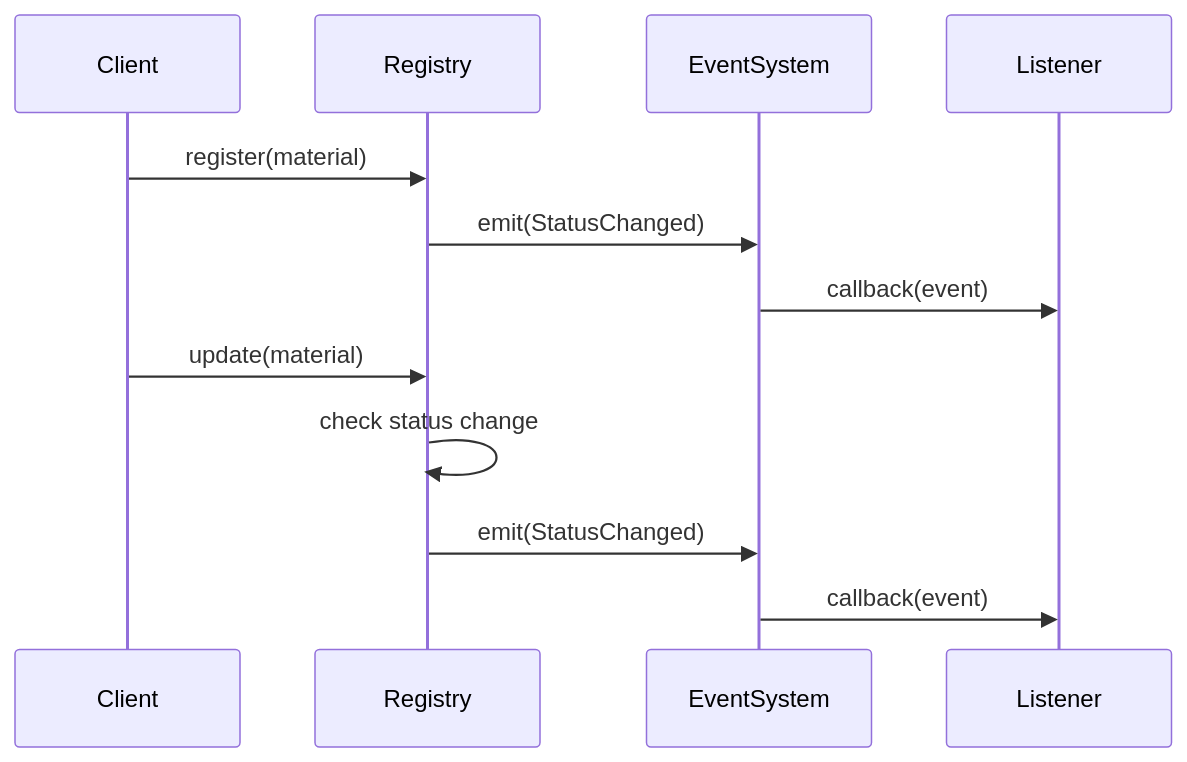
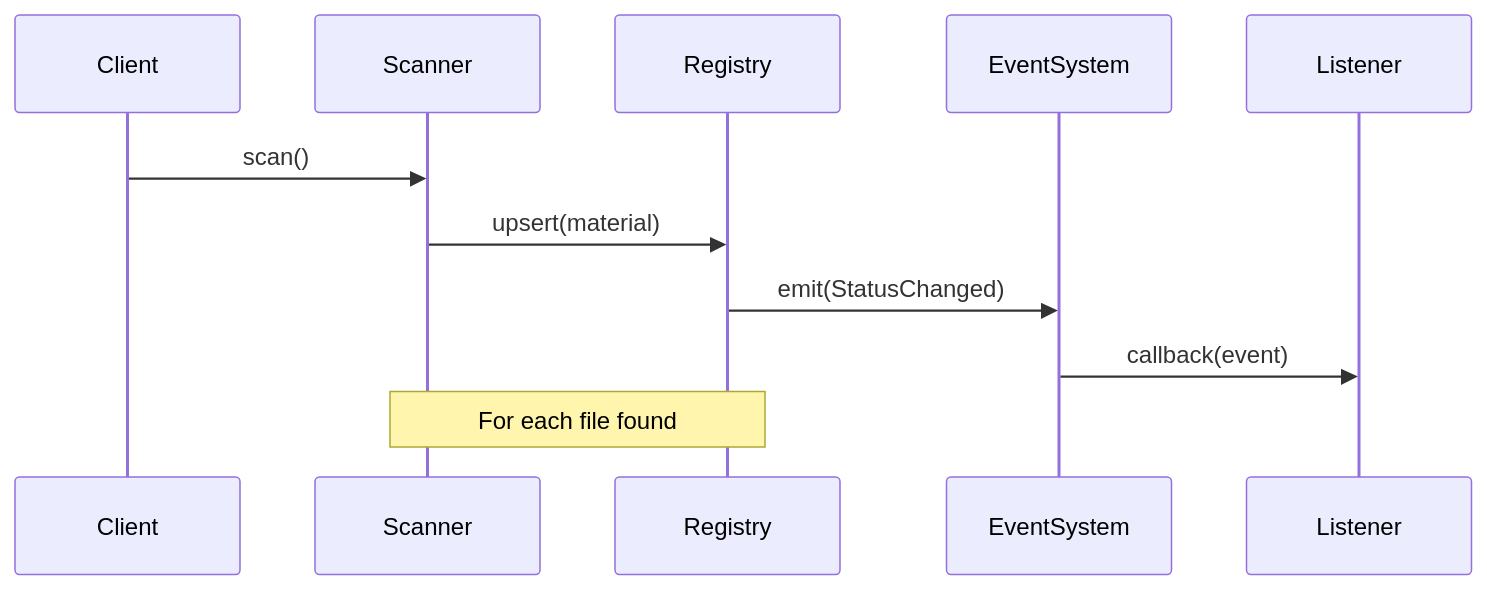
One commit to pandallel/quilt changed the second of 2 diagrams in docs/src/features/materials/material-architecture.md. Above: the diagram before and after it, drawn with Mermaid. The commit also changed other lines of this file and 6 other files, not shown here.

````diff
--- a/docs/src/features/materials/material-architecture.md
+++ b/docs/src/features/materials/material-architecture.md
@@ -116,16 +206,15 @@
 ```mermaid
 sequenceDiagram
     participant Client
+    participant Scanner
     participant Registry
     participant EventSystem
     participant Listener
 
-    Client->>Registry: register(material)
+    Client->>Scanner: scan()
+    Scanner->>Registry: upsert(material)
     Registry->>EventSystem: emit(StatusChanged)
     EventSystem->>Listener: callback(event)
 
-    Client->>Registry: update(material)
-    Registry->>Registry: check status change
-    Registry->>EventSystem: emit(StatusChanged)
-    EventSystem->>Listener: callback(event)
+    Note over Scanner,Registry: For each file found
 ```
````
